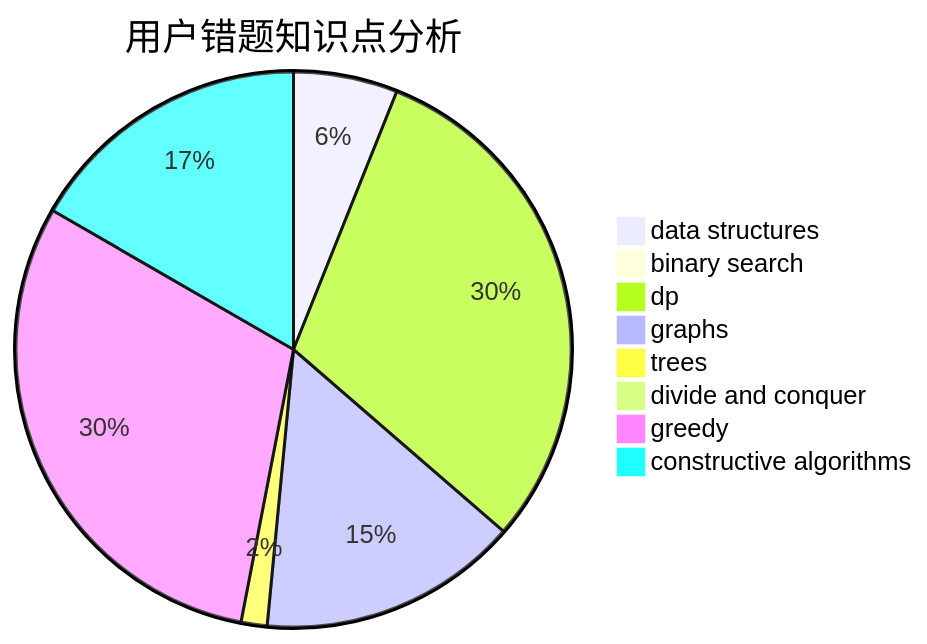
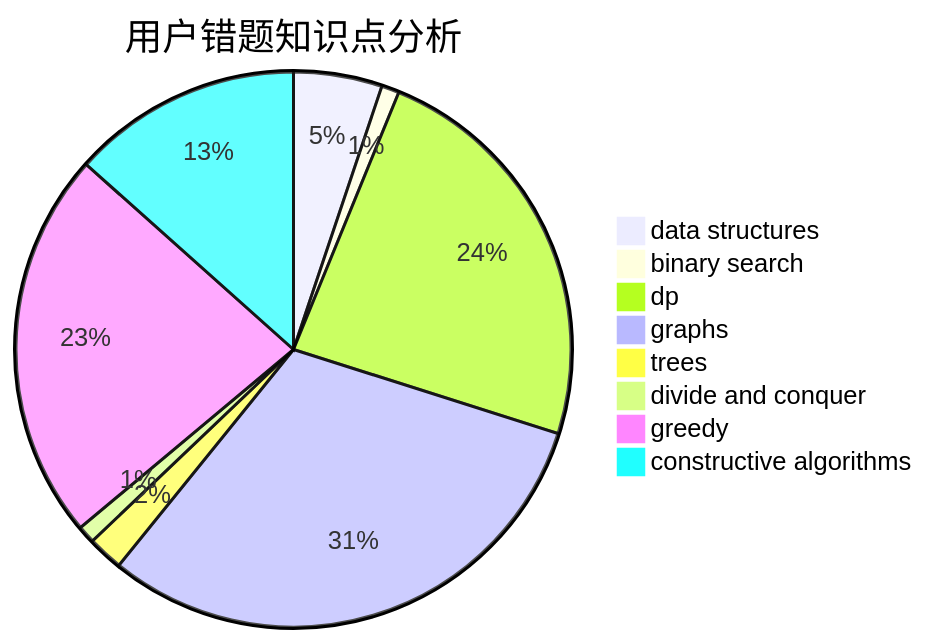
The third of 3 diagrams in docs/user/u1753.md (sherpahu/cfrs.github.io), drawn with Mermaid before and after one commit. The commit also changed other lines of this file and 2770 other files, not shown here.

````diff
--- a/docs/user/u1753.md
+++ b/docs/user/u1753.md
@@ -36,11 +36,11 @@
 ```mermaid
 pie title 用户错题知识点分析
-    "data structures" :  4
-    "binary search" :  0
-    "dp" :  20
-    "graphs" :  10
-    "trees" :  1
-    "divide and conquer" :  0
-    "greedy" :  20
-    "constructive algorithms" :  11
+    "data structures" :  5
+    "binary search" :  1
+    "dp" :  23
+    "graphs" :  30
+    "trees" :  2
+    "divide and conquer" :  1
+    "greedy" :  22
+    "constructive algorithms" :  13
 ```
````
